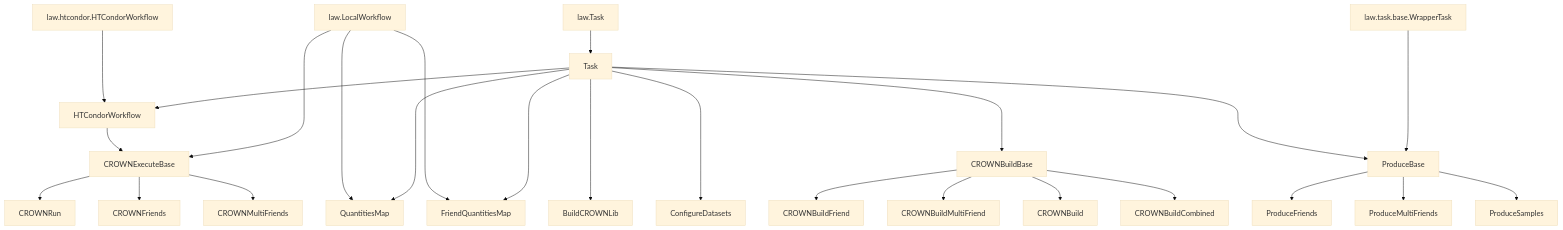
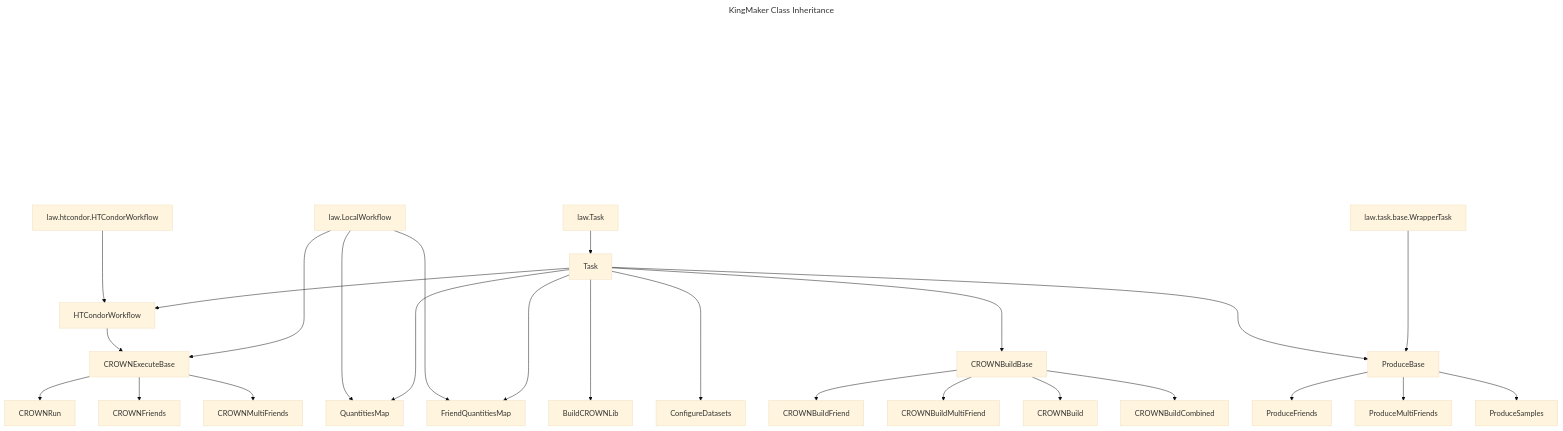
The diagram in processor/INHERITANCE_DIAGRAM.md (KIT-CMS/KingMaker), drawn with Mermaid (base theme) before and after one commit. The commit also changed 1 other file, not shown here.

Commit message:
Improve diagramms as requested by comments

````diff
--- a/processor/INHERITANCE_DIAGRAM.md
+++ b/processor/INHERITANCE_DIAGRAM.md
@@ -7,4 +7,9 @@
 ```mermaid
+---
+title: KingMaker Class Inheritance
+---
+%% keep a title to enlarge the diagram
+%%{init: {"flowchart": {"titleTopMargin": 400}} }%%
 flowchart TD
   %% LAW Library Base Classes
   LawTask["law.Task"]
````
